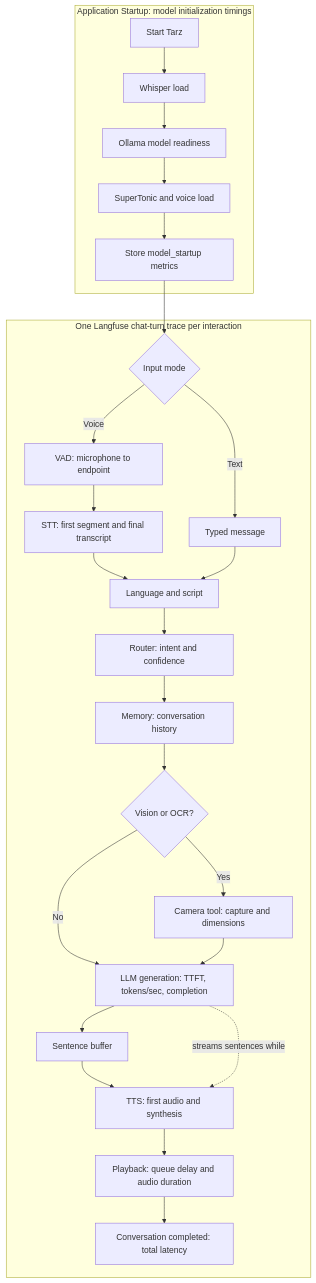
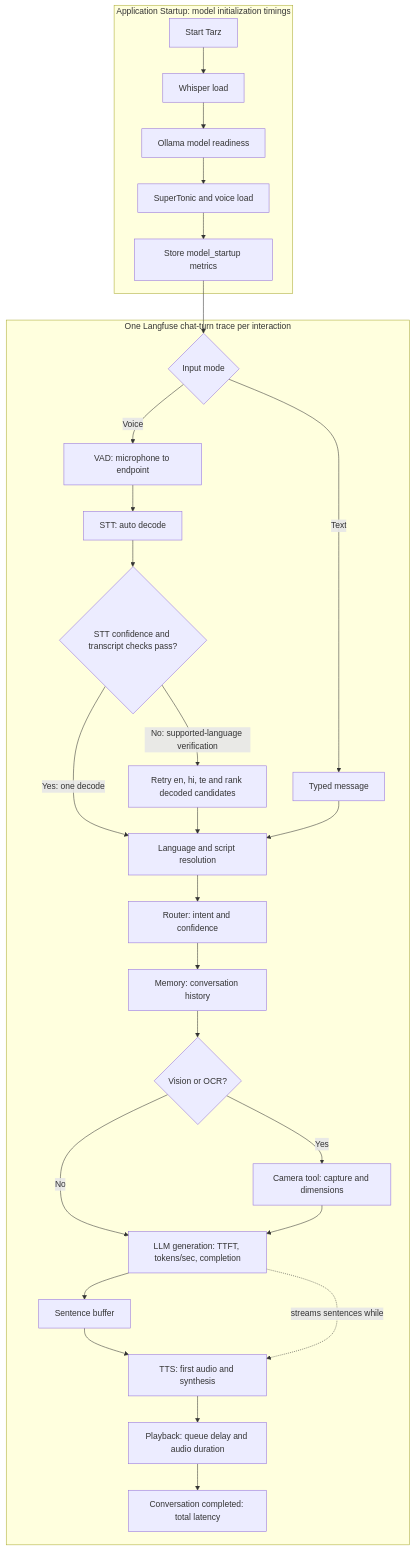
Before and after one commit to ShaikPoliceParvez/Speech-End-to-End: the diagram in README.md, drawn with Mermaid. The commit also changed other lines of this file and 18 other files, not shown here.

````diff
--- a/README.md
+++ b/README.md
@@ -99,31 +100,34 @@
 ```mermaid
 flowchart TD
        subgraph Startup[Application Startup: model initialization timings]
               S0[Start Tarz] --> S1[Whisper load]
               S1 --> S2[Ollama model readiness]
               S2 --> S3[SuperTonic and voice load]
               S3 --> S4[Store model_startup metrics]
        end
 
        subgraph Trace[One Langfuse chat-turn trace per interaction]
               A{Input mode}
               A -->|Voice| VAD[VAD: microphone to endpoint]
-              VAD --> STT[STT: first segment and final transcript]
+              VAD --> STT[STT: auto decode]
+              STT --> VERIFY{STT confidence and transcript checks pass?}
+              VERIFY -->|Yes: one decode| LANG[Language and script resolution]
+              VERIFY -->|No: supported-language verification| RETRY[Retry en, hi, te and rank decoded candidates]
+              RETRY --> LANG
               A -->|Text| TXT[Typed message]
-              STT --> LANG[Language and script]
               TXT --> LANG
               LANG --> ROUTER[Router: intent and confidence]
               ROUTER --> MEM[Memory: conversation history]
               MEM --> INTENT{Vision or OCR?}
               INTENT -->|Yes| CAM[Camera tool: capture and dimensions]
               INTENT -->|No| LLM[LLM generation: TTFT, tokens/sec, completion]
               CAM --> LLM
               LLM --> BUFFER[Sentence buffer]
               BUFFER --> TTS[TTS: first audio and synthesis]
               TTS --> PLAY[Playback: queue delay and audio duration]
               PLAY --> END[Conversation completed: total latency]
        end
 
        S4 --> A
        LLM -. streams sentences while .-> TTS
 ```
````
